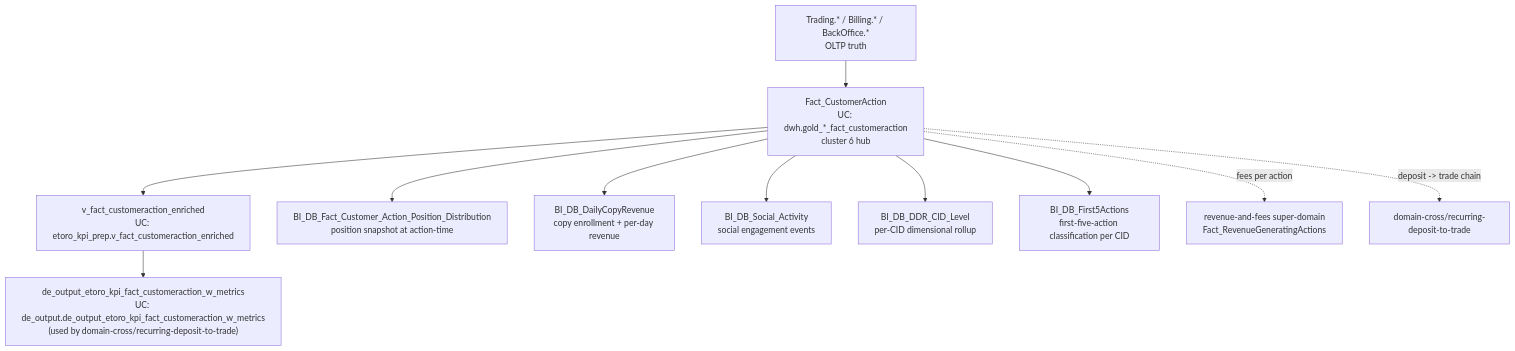
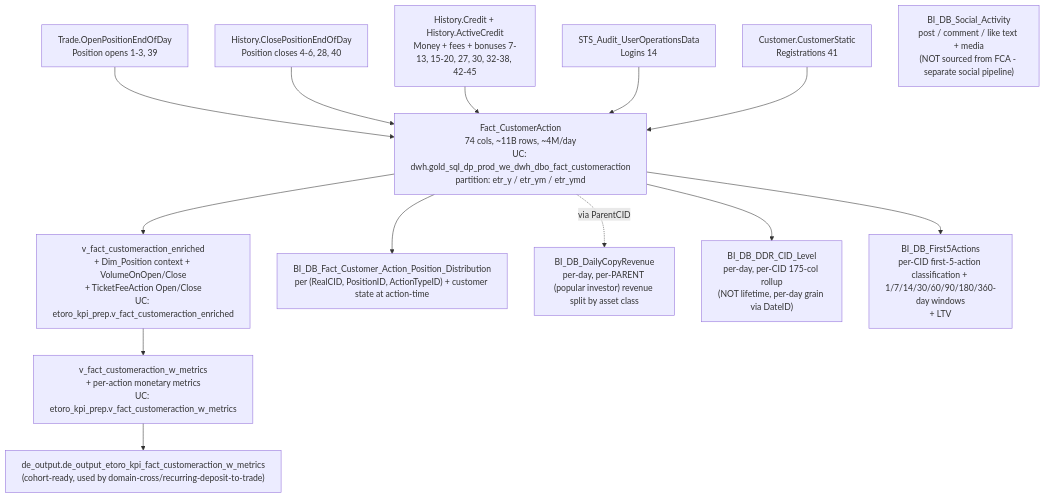
Before and after one commit to guyman-tr/Databricks_Knowledge: the diagram in knowledge/skills/domain-customer-and-identity/customer-action-audit-trail.md, drawn with Mermaid. The commit also changed other lines of this file, not shown here.

First line of the commit message:
domain-customer-and-identity/customer-action-audit-trail v1 -> v2: SpecKit rebuild

````diff
--- a/knowledge/skills/domain-customer-and-identity/customer-action-audit-trail.md
+++ b/knowledge/skills/domain-customer-and-identity/customer-action-audit-trail.md
@@ -93,15 +178,20 @@
 ```mermaid
 graph TB
-    OLTP["Trading.* / Billing.* / BackOffice.*<br/>OLTP truth"] --> FCA["Fact_CustomerAction<br/>UC: dwh.gold_*_fact_customeraction<br/>cluster 6 hub"]
-    FCA --> Enr["v_fact_customeraction_enriched<br/>UC: etoro_kpi_prep.v_fact_customeraction_enriched"]
-    Enr --> Metrics["de_output_etoro_kpi_fact_customeraction_w_metrics<br/>UC: de_output.de_output_etoro_kpi_fact_customeraction_w_metrics<br/>(used by domain-cross/recurring-deposit-to-trade)"]
+    Trade["Trade.OpenPositionEndOfDay<br/>Position opens 1-3, 39"] --> FCA
+    Close["History.ClosePositionEndOfDay<br/>Position closes 4-6, 28, 40"] --> FCA
+    Credit["History.Credit + History.ActiveCredit<br/>Money + fees + bonuses 7-13, 15-20, 27, 30, 32-38, 42-45"] --> FCA
+    STS["STS_Audit_UserOperationsData<br/>Logins 14"] --> FCA
+    Reg["Customer.CustomerStatic<br/>Registrations 41"] --> FCA
 
-    FCA --> Pos["BI_DB_Fact_Customer_Action_Position_Distribution<br/>position snapshot at action-time"]
-    FCA --> Copy["BI_DB_DailyCopyRevenue<br/>copy enrollment + per-day revenue"]
-    FCA --> Soc["BI_DB_Social_Activity<br/>social engagement events"]
-    FCA --> DDR["BI_DB_DDR_CID_Level<br/>per-CID dimensional rollup"]
-    FCA --> F5["BI_DB_First5Actions<br/>first-five-action classification per CID"]
+    FCA["Fact_CustomerAction<br/>74 cols, ~11B rows, ~4M/day<br/>UC: dwh.gold_sql_dp_prod_we_dwh_dbo_fact_customeraction<br/>partition: etr_y / etr_ym / etr_ymd"]
 
-    FCA -.fees per action.-> Rev["revenue-and-fees super-domain<br/>Fact_RevenueGeneratingActions"]
-    FCA -.deposit -> trade chain.-> Cross["domain-cross/recurring-deposit-to-trade"]
+    FCA --> Enr["v_fact_customeraction_enriched<br/>+ Dim_Position context + VolumeOnOpen/Close<br/>+ TicketFeeAction Open/Close<br/>UC: etoro_kpi_prep.v_fact_customeraction_enriched"]
+    Enr --> WM["v_fact_customeraction_w_metrics<br/>+ per-action monetary metrics<br/>UC: etoro_kpi_prep.v_fact_customeraction_w_metrics"]
+    WM --> WMstg["de_output.de_output_etoro_kpi_fact_customeraction_w_metrics<br/>(cohort-ready, used by domain-cross/recurring-deposit-to-trade)"]
+
+    FCA --> Pos["BI_DB_Fact_Customer_Action_Position_Distribution<br/>per (RealCID, PositionID, ActionTypeID) + customer state at action-time"]
+    FCA -.via ParentCID.-> Copy["BI_DB_DailyCopyRevenue<br/>per-day, per-PARENT (popular investor) revenue split by asset class"]
+    Soc["BI_DB_Social_Activity<br/>post / comment / like text + media<br/>(NOT sourced from FCA - separate social pipeline)"]
+    FCA --> DDR["BI_DB_DDR_CID_Level<br/>per-day, per-CID 175-col rollup<br/>(NOT lifetime, per-day grain via DateID)"]
+    FCA --> F5["BI_DB_First5Actions<br/>per-CID first-5-action classification + 1/7/14/30/60/90/180/360-day windows<br/>+ LTV"]
 ```
````
